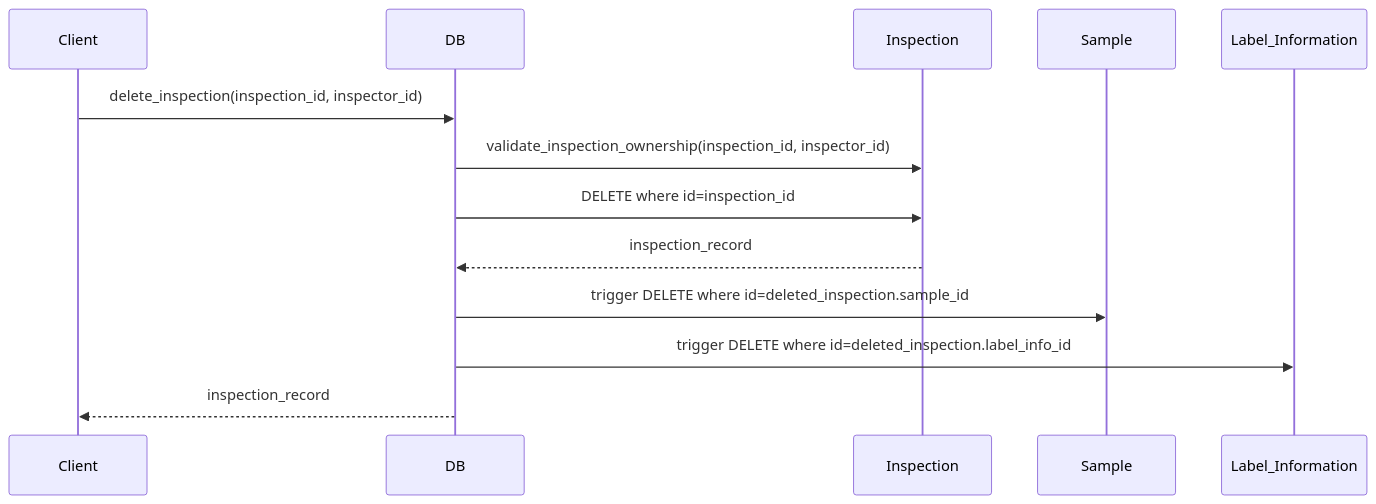
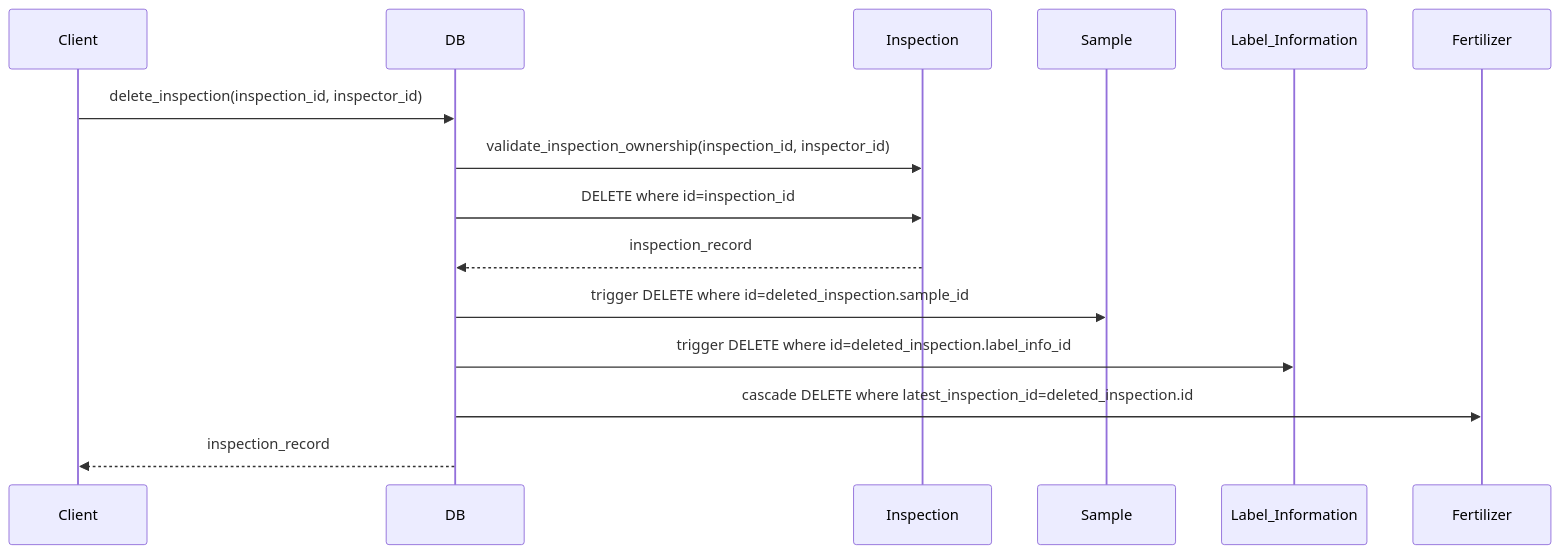
Before and after one commit to ai-cfia/ailab-datastore: the first of 4 diagrams in doc/fertiscan/delete-inspection.md, drawn with Mermaid. The commit also changed 3 other files, not shown here.

Commit message:
issue #118: cascade delete fertilizer

````diff
--- a/doc/fertiscan/delete-inspection.md
+++ b/doc/fertiscan/delete-inspection.md
@@ -13,21 +13,23 @@
 ```mermaid
 sequenceDiagram
     participant Client
     participant DB as DB
     participant Inspection as Inspection
     participant Sample as Sample
     participant LabelInfo as Label_Information
+    participant Fertilizer as Fertilizer
 
     Client->>DB: delete_inspection(inspection_id, inspector_id)
 
     DB->>Inspection: validate_inspection_ownership(inspection_id, inspector_id)
     DB->>Inspection: DELETE where id=inspection_id
     Inspection-->>DB: inspection_record
 
     DB->>Sample: trigger DELETE where id=deleted_inspection.sample_id
+    DB->>LabelInfo: trigger DELETE where id=deleted_inspection.label_info_id
 
-    DB->>LabelInfo: trigger DELETE where id=deleted_inspection.label_info_id
+    DB->>Fertilizer: cascade DELETE where latest_inspection_id=deleted_inspection.id
 
     DB-->>Client: inspection_record
 
 ```
````
